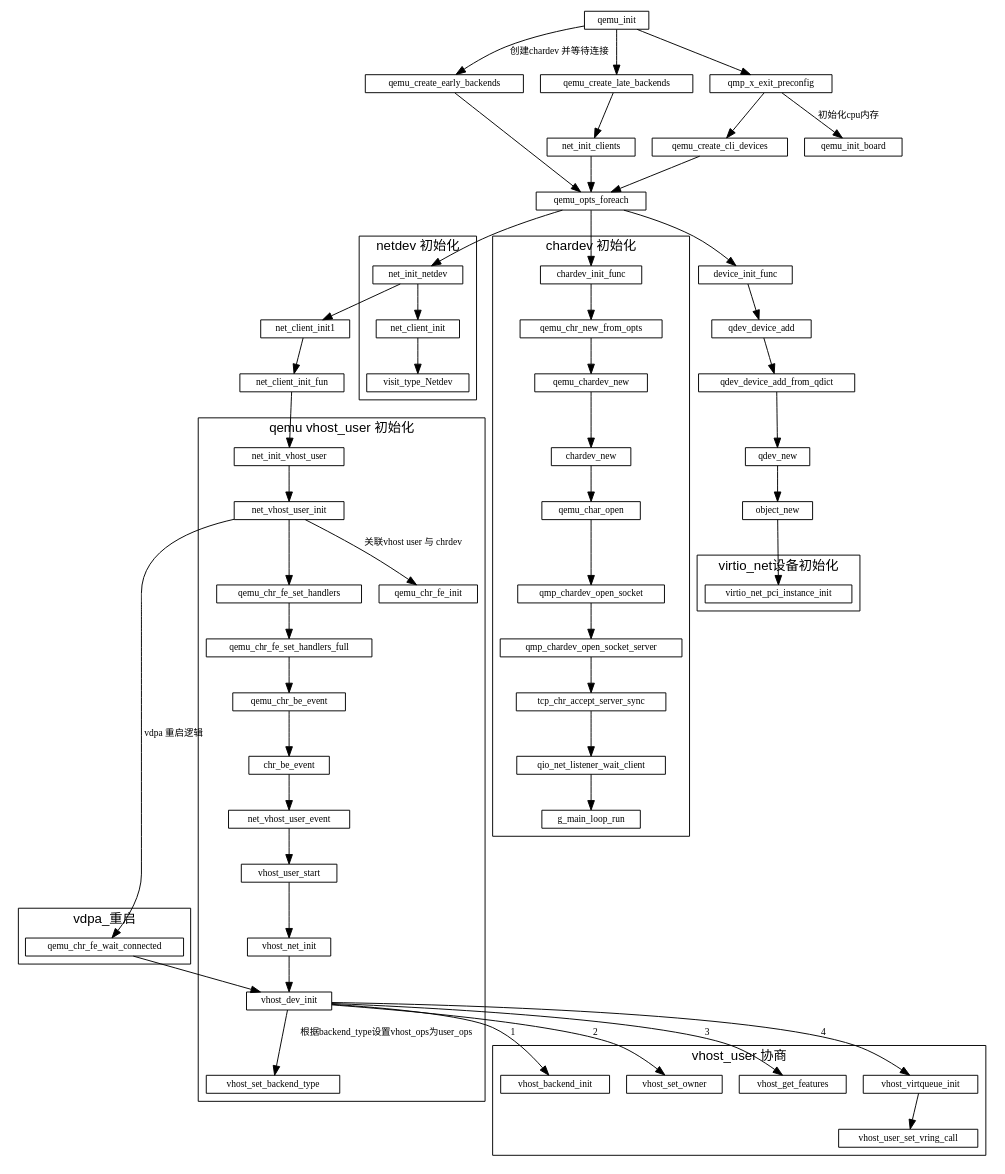
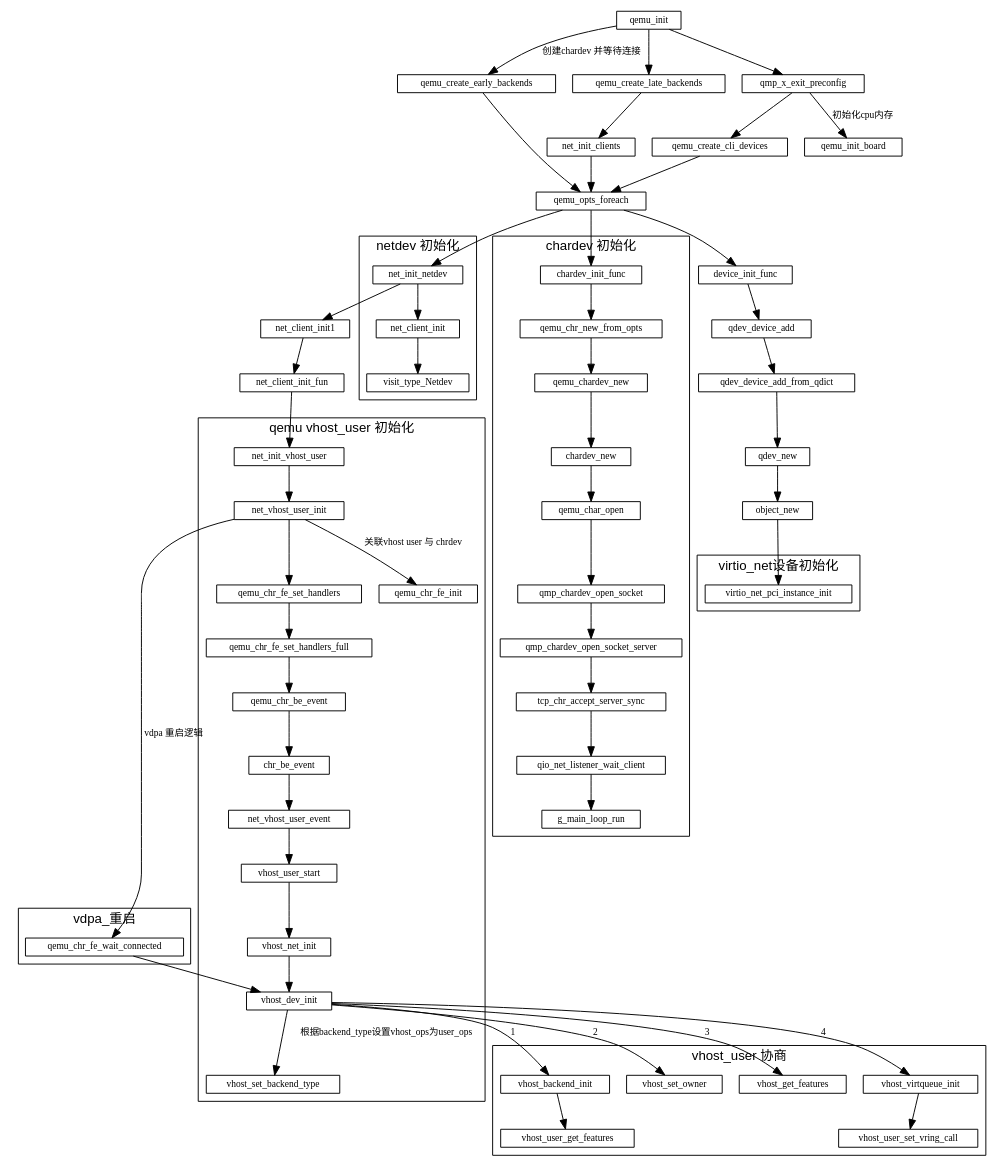
The diagram in qemu/qemu初始化.md (sisyphus1212/note), drawn with Graphviz before and after one commit.

Commit message:
auto_update

```diff
--- a/qemu/qemu初始化.md
+++ b/qemu/qemu初始化.md
@@ -68,6 +68,7 @@
         cluster=true;
         //vhost_dev_init ->
         vhost_dev_init -> vhost_backend_init[label="1"]
+        vhost_backend_init-> vhost_user_get_features
         vhost_dev_init -> vhost_set_owner[label="2"]
         vhost_dev_init -> vhost_get_features[label="3"]
         vhost_dev_init -> vhost_virtqueue_init[label="4"]
```
